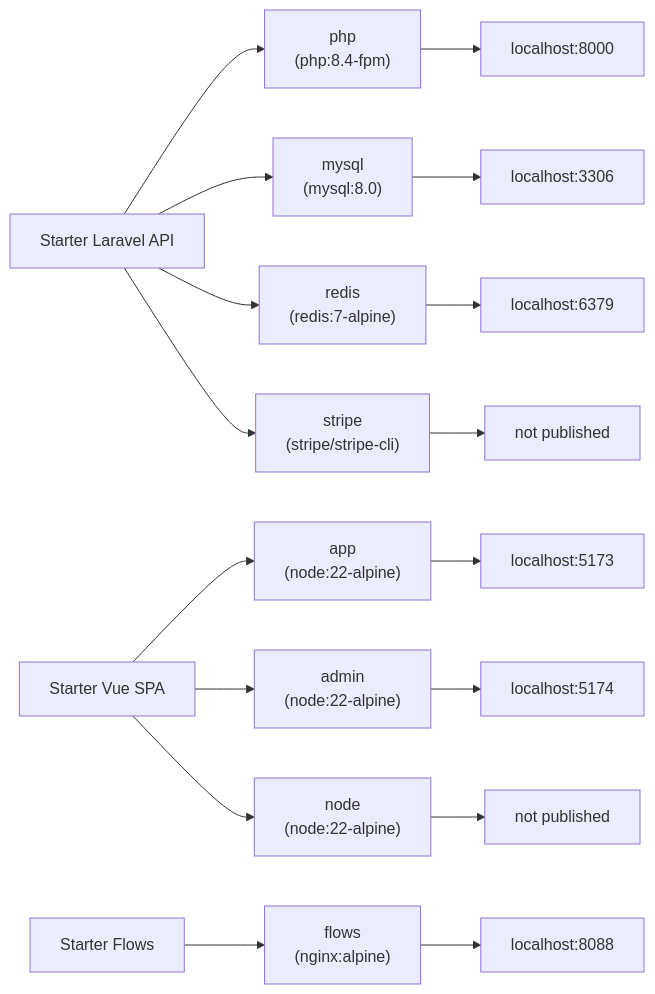
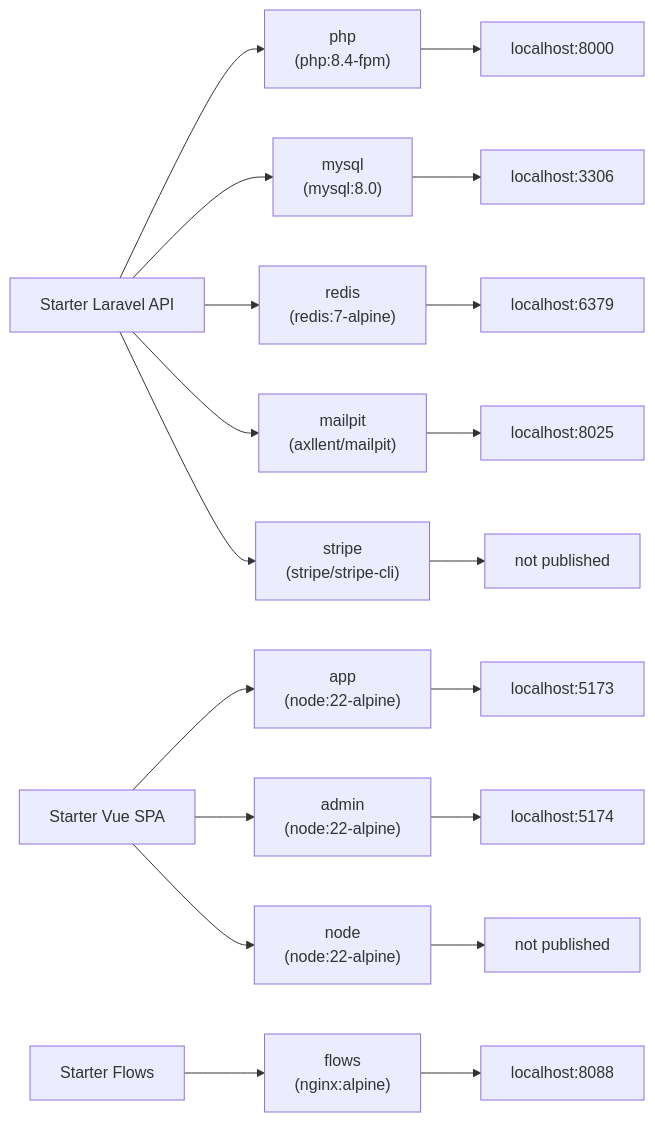
The diagram in docs/setup/DockerSetup.md (websanova/starter-flows), drawn with Mermaid before and after one commit. The commit also changed other lines of this file, not shown here.

Commit message:
Update docker doc to include mailpit.

````diff
--- a/docs/setup/DockerSetup.md
+++ b/docs/setup/DockerSetup.md
@@ -100,23 +107,25 @@
 ```mermaid
 flowchart LR
     API["Starter Laravel API"] --> PHP["php<br/>(php:8.4-fpm)"]
     API --> MYSQL["mysql<br/>(mysql:8.0)"]
     API --> REDIS["redis<br/>(redis:7-alpine)"]
+    API --> MAILPIT["mailpit<br/>(axllent/mailpit)"]
     API --> STRIPE["stripe<br/>(stripe/stripe-cli)"]
 
     PHP --> PHP_P["localhost:8000"]
     MYSQL --> MYSQL_P["localhost:3306"]
     REDIS --> REDIS_P["localhost:6379"]
+    MAILPIT --> MAILPIT_P["localhost:8025"]
     STRIPE --> STRIPE_P["not published"]
 
     SPA["Starter Vue SPA"] --> APP["app<br/>(node:22-alpine)"]
     SPA --> ADMIN["admin<br/>(node:22-alpine)"]
     SPA --> NODE["node<br/>(node:22-alpine)"]
 
     APP --> APP_P["localhost:5173"]
     ADMIN --> ADMIN_P["localhost:5174"]
     NODE --> NODE_P["not published"]
 
     FLOWS["Starter Flows"] --> NGINX["flows<br/>(nginx:alpine)"]
     NGINX --> NGINX_P["localhost:8088"]
 ```
````
